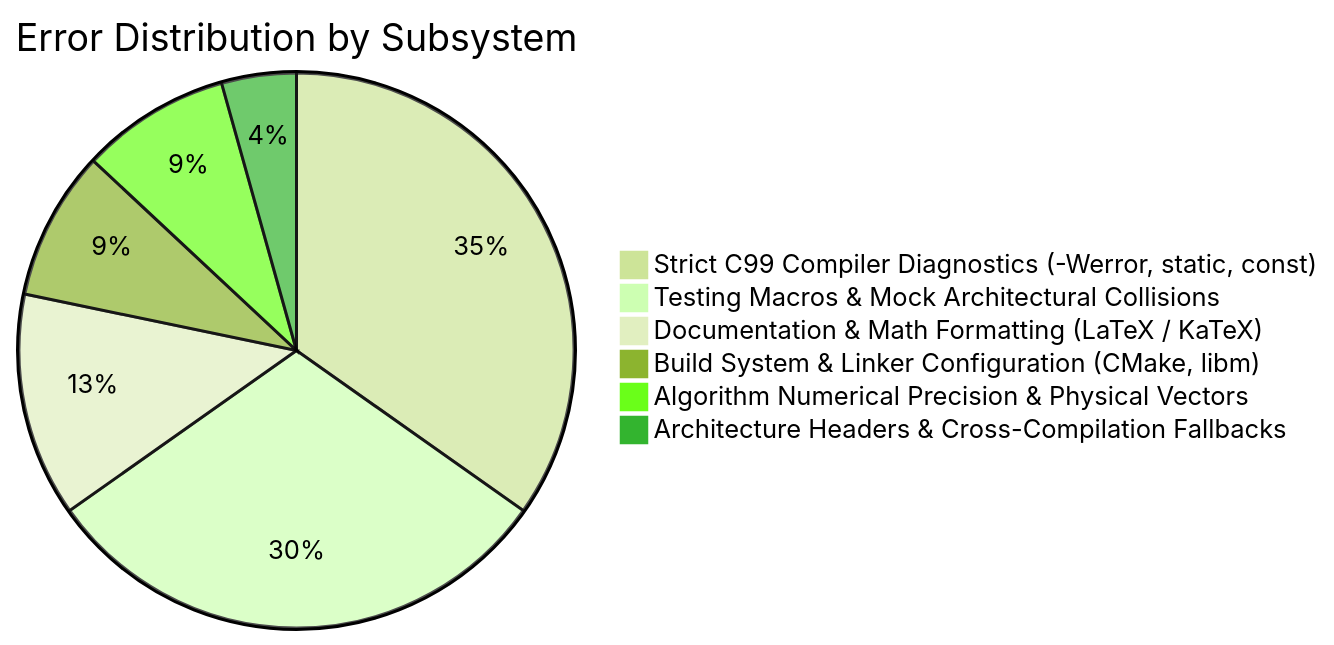
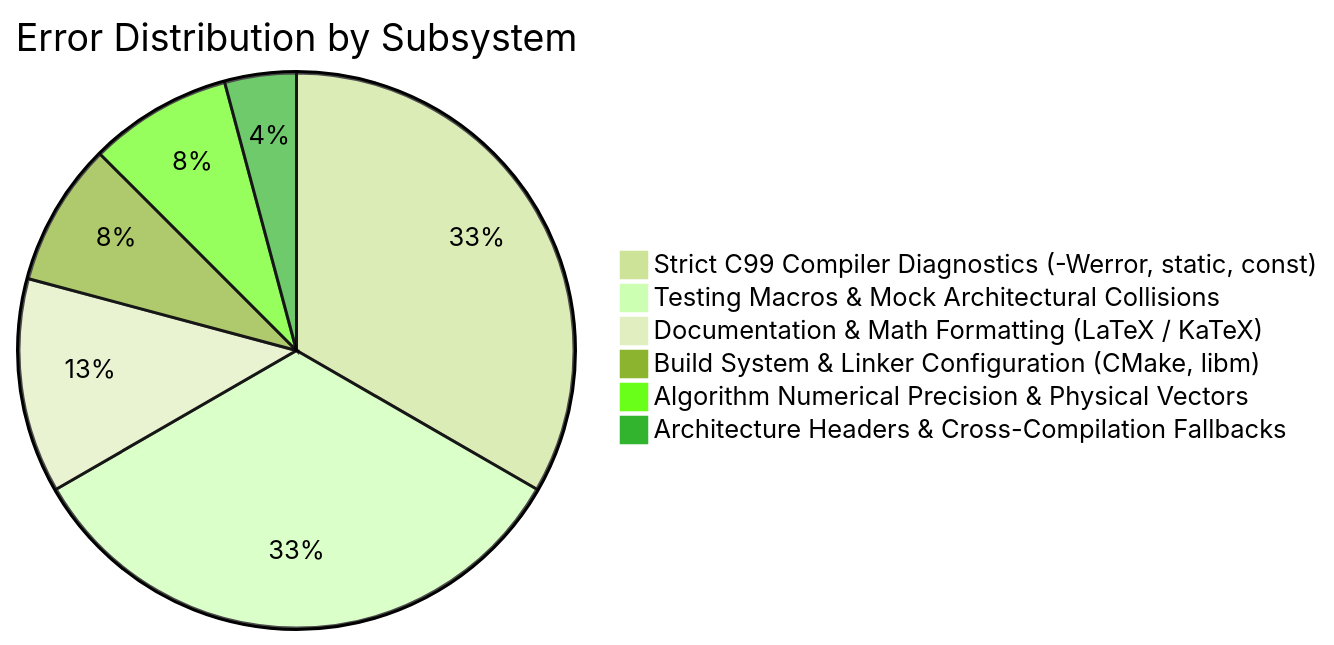
One commit to Thejus26/rain-predict changed the diagram in context/errors/README.md. Above: the diagram before and after it, drawn with Mermaid (forest theme). The commit also changed other lines of this file and 2 other files, not shown here.

Commit message:
fix(test): resolve ERR-024 define integer tolerance assertion macros in test_bme280

````diff
--- a/context/errors/README.md
+++ b/context/errors/README.md
@@ -39,9 +40,9 @@
 ```mermaid
 pie title Error Distribution by Subsystem
     "Strict C99 Compiler Diagnostics (-Werror, static, const)" : 8
-    "Testing Macros & Mock Architectural Collisions" : 7
+    "Testing Macros & Mock Architectural Collisions" : 8
     "Documentation & Math Formatting (LaTeX / KaTeX)" : 3
     "Build System & Linker Configuration (CMake, libm)" : 2
     "Algorithm Numerical Precision & Physical Vectors" : 2
     "Architecture Headers & Cross-Compilation Fallbacks" : 1
 ```
````
